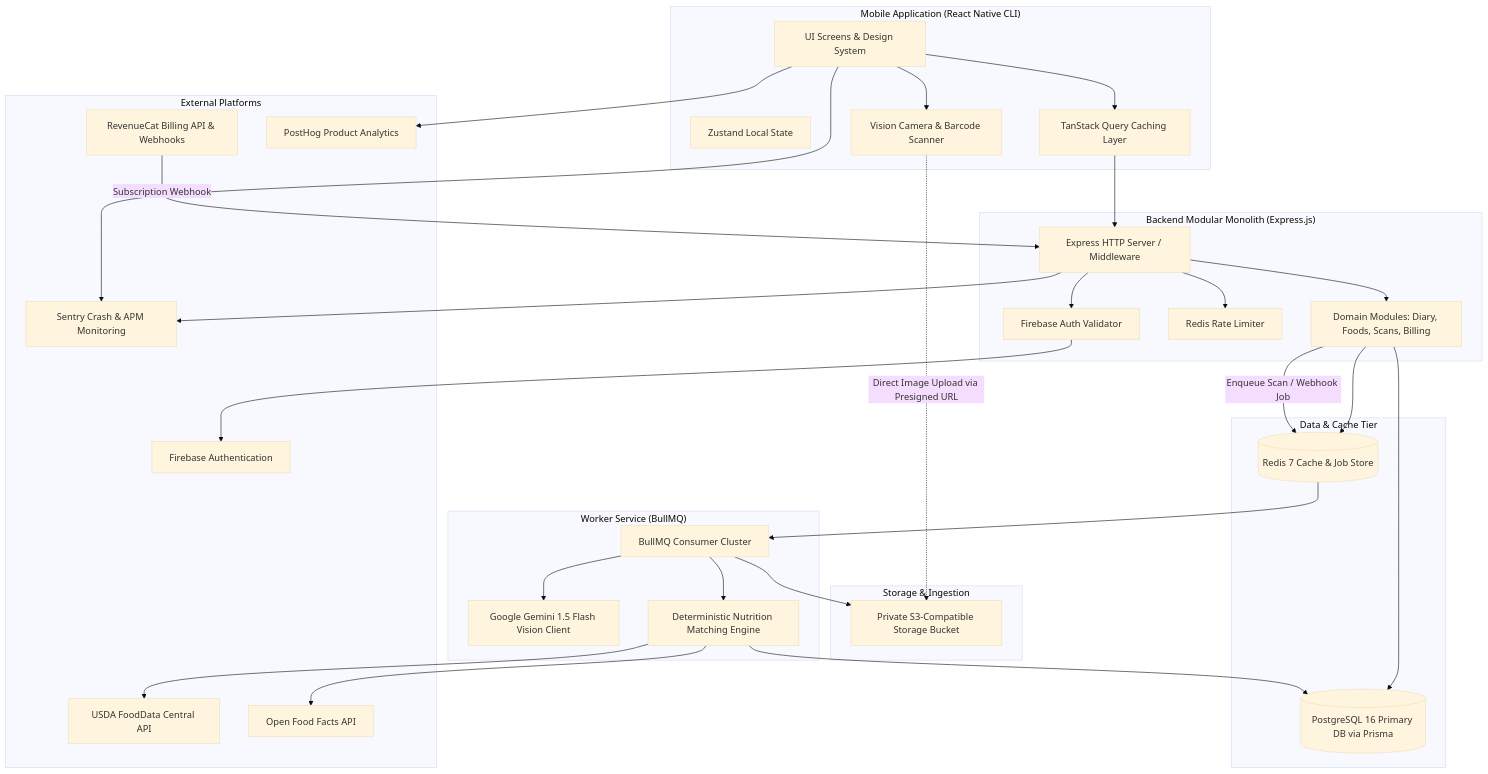
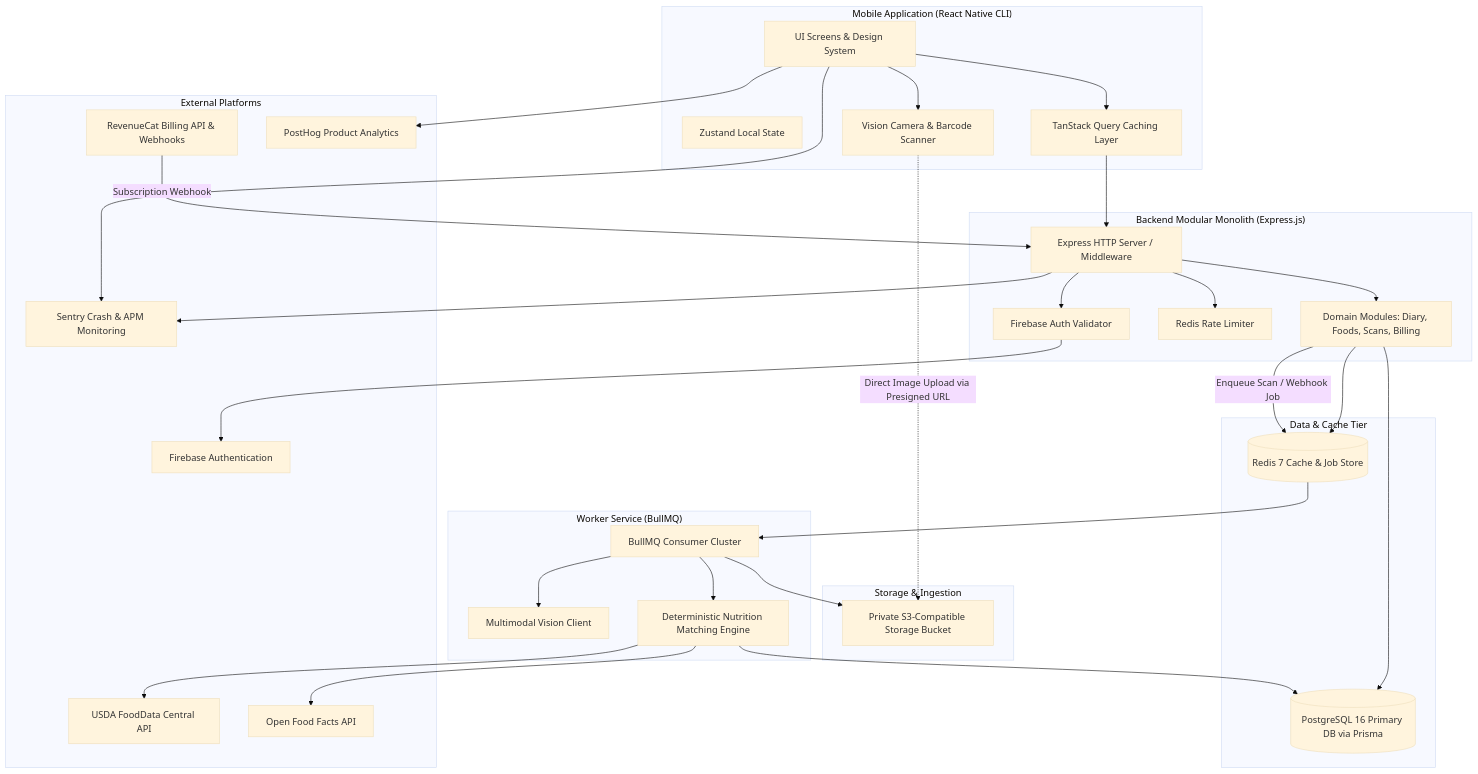
The first of 4 diagrams in docs/SYSTEM_ARCHITECTURE.md (badal484/CAL-METER), drawn with Mermaid (base theme) before and after one commit. The commit also changed other lines of this file and 88 other files, not shown here.

````diff
--- a/docs/SYSTEM_ARCHITECTURE.md
+++ b/docs/SYSTEM_ARCHITECTURE.md
@@ -80,66 +81,66 @@
 ```mermaid
 graph TB
     subgraph MobileClient["Mobile Application (React Native CLI)"]
         UI[UI Screens & Design System]
         ZStore[Zustand Local State]
         TQ[TanStack Query Caching Layer]
         Cam[Vision Camera & Barcode Scanner]
     end
 
     subgraph CDN_Storage["Storage & Ingestion"]
         S3[Private S3-Compatible Storage Bucket]
     end
 
     subgraph BackendAPI["Backend Modular Monolith (Express.js)"]
         Gateway[Express HTTP Server / Middleware]
         AuthMW[Firebase Auth Validator]
         RateLimiter[Redis Rate Limiter]
         Modules[Domain Modules: Diary, Foods, Scans, Billing]
     end
 
     subgraph DataTier["Data & Cache Tier"]
         PG[(PostgreSQL 16 Primary DB via Prisma)]
         RedisCache[(Redis 7 Cache & Job Store)]
     end
 
     subgraph BackgroundProcessing["Worker Service (BullMQ)"]
         Worker[BullMQ Consumer Cluster]
-        GeminiClient[Google Gemini 1.5 Flash Vision Client]
+        VisionAI[Multimodal Vision Client]
         NutritionMatcher[Deterministic Nutrition Matching Engine]
     end
 
     subgraph ExternalServices["External Platforms"]
         FirebaseAuth[Firebase Authentication]
         USDA[USDA FoodData Central API]
         OFF[Open Food Facts API]
         RevenueCat[RevenueCat Billing API & Webhooks]
         Sentry[Sentry Crash & APM Monitoring]
         PostHog[PostHog Product Analytics]
     end
 
     UI --> TQ
     UI --> Cam
     TQ --> Gateway
     Cam -.->|Direct Image Upload via Presigned URL| S3
 
     Gateway --> AuthMW
     Gateway --> RateLimiter
     AuthMW --> FirebaseAuth
     Gateway --> Modules
     Modules --> PG
     Modules --> RedisCache
     Modules -->|Enqueue Scan / Webhook Job| RedisCache
 
     RedisCache --> Worker
     Worker --> S3
-    Worker --> GeminiClient
+    Worker --> VisionAI
     Worker --> NutritionMatcher
     NutritionMatcher --> PG
     NutritionMatcher --> USDA
     NutritionMatcher --> OFF
 
     RevenueCat -->|Subscription Webhook| Gateway
     Gateway --> Sentry
     UI --> Sentry
     UI --> PostHog
 ```
````
